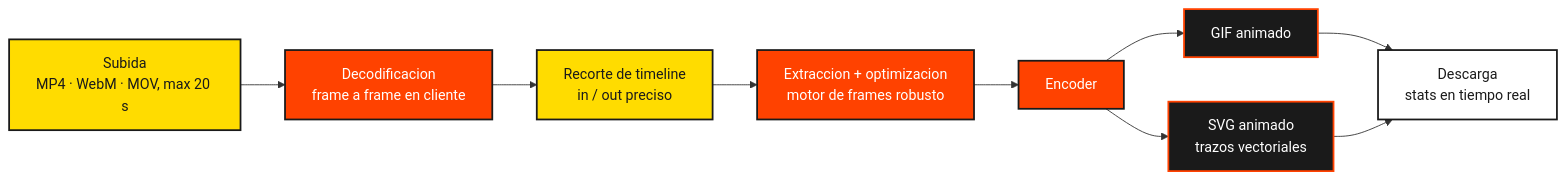
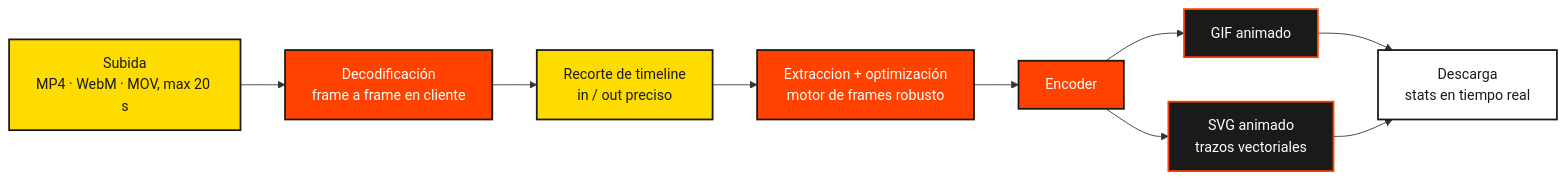
One commit to freeanimationpower/FAP_GIF_SVG_TRANSFORM changed the diagram in README.md. Above: the diagram before and after it, drawn with Mermaid. The commit also changed other lines of this file, not shown here.

````diff
--- a/README.md
+++ b/README.md
@@ -130,19 +130,19 @@
 ```mermaid
 flowchart LR
     classDef ui fill:#ffdc00,stroke:#1a1a1a,color:#1a1a1a,stroke-width:2px;
     classDef engine fill:#ff4200,stroke:#1a1a1a,color:#ffffff,stroke-width:2px;
     classDef data fill:#1a1a1a,stroke:#ff4200,color:#ffffff,stroke-width:2px;
     classDef ext fill:#ffffff,stroke:#1a1a1a,color:#1a1a1a,stroke-width:2px;
-        UP["Subida<br/>MP4 · WebM · MOV, max 20 s"] --> DEC["Decodificacion<br/>frame a frame en cliente"]
+        UP["Subida<br/>MP4 · WebM · MOV, max 20 s"] --> DEC["Decodificación<br/>frame a frame en cliente"]
         DEC --> TRM["Recorte de timeline<br/>in / out preciso"]
-        TRM --> EXT["Extraccion + optimizacion<br/>motor de frames robusto"]
+        TRM --> EXT["Extraccion + optimización<br/>motor de frames robusto"]
         EXT --> ENC["Encoder"]
         ENC --> GIF["GIF animado"]
         ENC --> SVG["SVG animado<br/>trazos vectoriales"]
         GIF --> DL["Descarga<br/>stats en tiempo real"]
         SVG --> DL
         class UP,TRM ui
         class DEC,EXT,ENC engine
         class GIF,SVG data
         class DL ext
 ```
````
